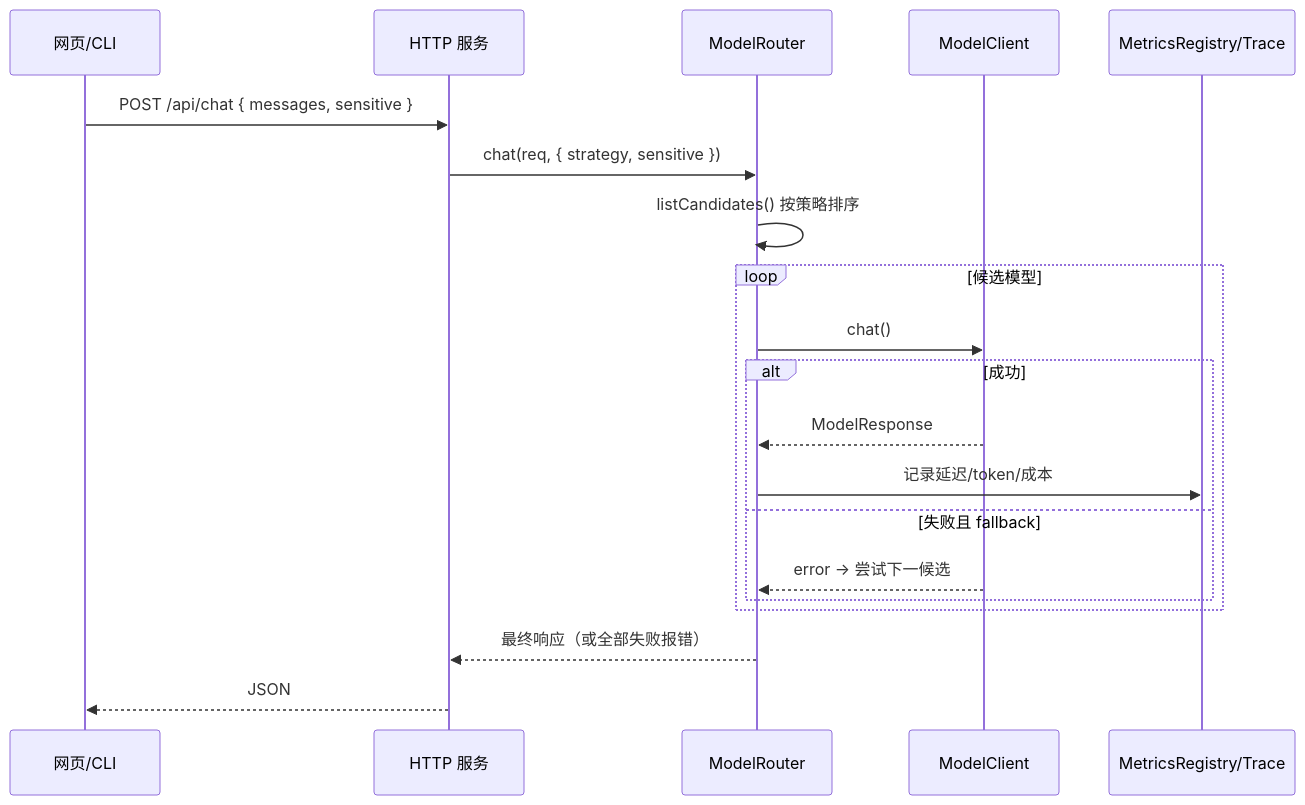
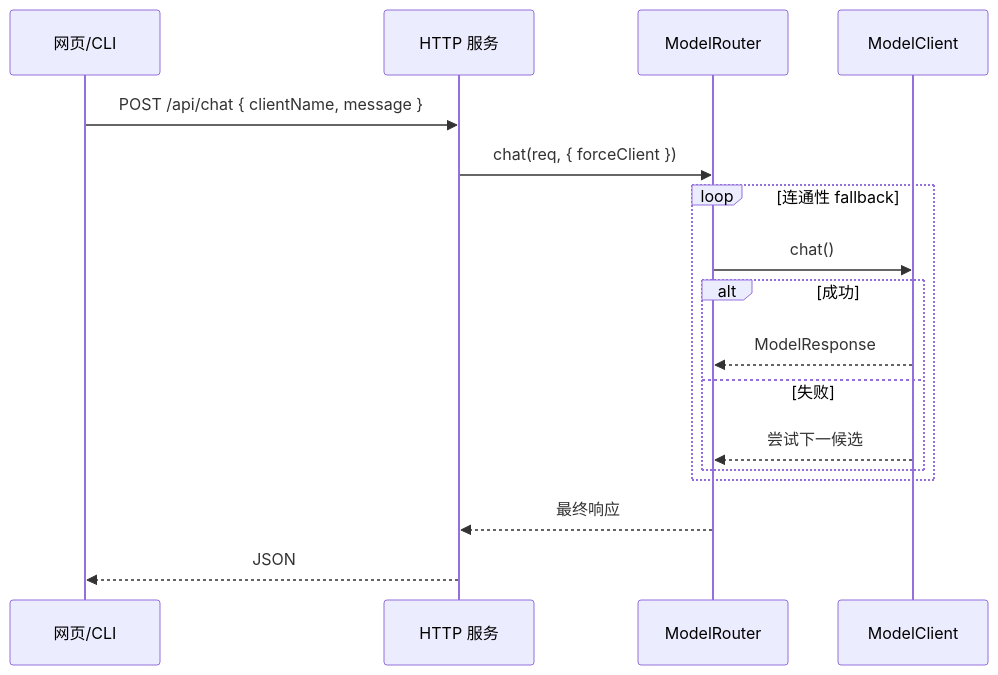
The third of 5 diagrams in docs/项目整体架构.md (Atikou/AgentRelay), drawn with Mermaid before and after one commit. The commit also changed other lines of this file and 70 other files, not shown here.

````diff
--- a/docs/项目整体架构.md
+++ b/docs/项目整体架构.md
@@ -199,23 +231,20 @@
 ```mermaid
 sequenceDiagram
     participant U as 网页/CLI
     participant S as HTTP 服务
     participant R as ModelRouter
     participant C as ModelClient
-    participant M as MetricsRegistry/Trace
 
-    U->>S: POST /api/chat { messages, sensitive }
-    S->>R: chat(req, { strategy, sensitive })
-    R->>R: listCandidates() 按策略排序
-    loop 候选模型
+    U->>S: POST /api/chat { clientName, message }
+    S->>R: chat(req, { forceClient })
+    loop 连通性 fallback
         R->>C: chat()
         alt 成功
             C-->>R: ModelResponse
-            R->>M: 记录延迟/token/成本
-        else 失败且 fallback
-            C-->>R: error → 尝试下一候选
+        else 失败
+            C-->>R: 尝试下一候选
         end
     end
-    R-->>S: 最终响应（或全部失败报错）
+    R-->>S: 最终响应
     S-->>U: JSON
 ```
````
